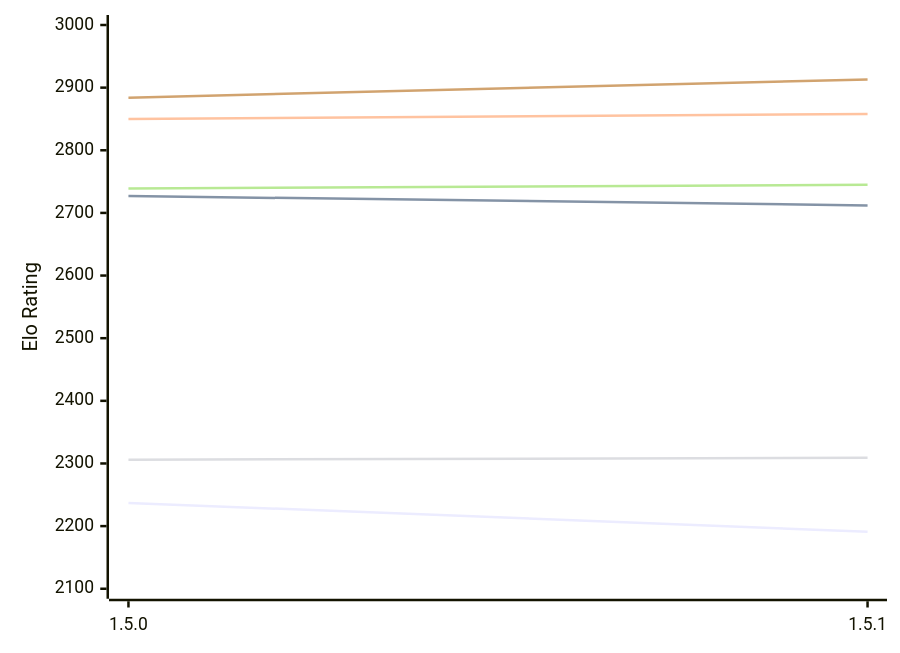
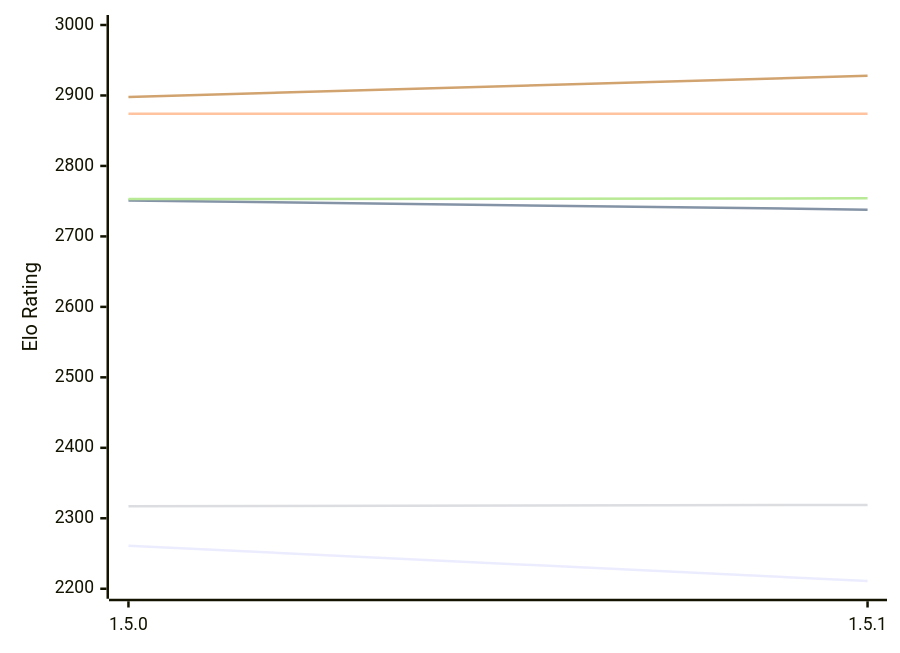
Before and after one commit to computer-chess-index/cci: the first of 2 diagrams in engines/Coco.md, drawn with Mermaid. The commit also changed other lines of this file, not shown here.

Commit message:
Update CCI Ratings (ELO VLTC) - 2026-10-24

````diff
--- a/engines/Coco.md
+++ b/engines/Coco.md
@@ -50,12 +50,12 @@
 ```mermaid
 %%{init: {"theme":"base","themeVariables":{"seriesColors:['#a3a3a3','#222221','#faa371']}}}%%
 xychart-beta
   x-axis ["1.5.0", "1.5.1"]
-  y-axis "Elo Rating" 2100 --> 3000
-  line "E1: STC (8.0+0.08s)" [2237, 2191]
-  line "E1: LTC (60.0+0.60s)" [2727, 2712]
-  line "E1: VLTC (2m24s+1.12s)" [2850, 2858]
-  line "P1: STC (8.0+0.08s)" [2306, 2309]
-  line "P1: LTC (60.0+0.60s)" [2739, 2745]
-  line "P1: VLTC (2m24s+1.12s)" [2884, 2913]
+  y-axis "Elo Rating" 2200 --> 3000
+  line "E1: STC (8.0+0.08s)" [2261, 2211]
+  line "E1: LTC (60.0+0.60s)" [2751, 2738]
+  line "E1: VLTC (2m24s+1.12s)" [2874, 2874]
+  line "P1: STC (8.0+0.08s)" [2317, 2319]
+  line "P1: LTC (60.0+0.60s)" [2753, 2754]
+  line "P1: VLTC (2m24s+1.12s)" [2898, 2928]
 ```
````
